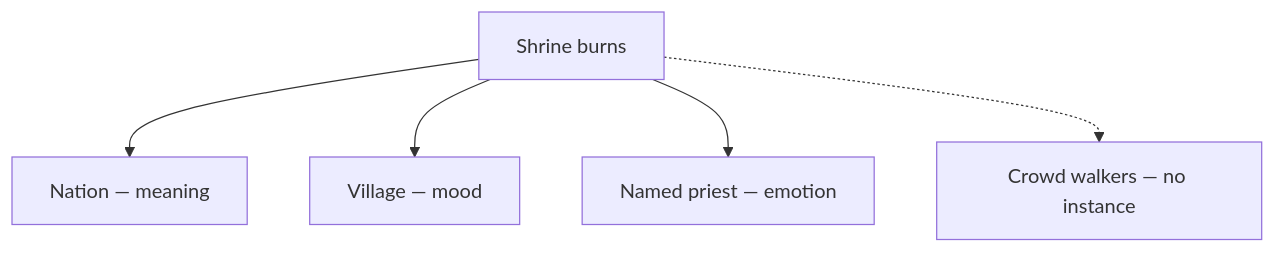
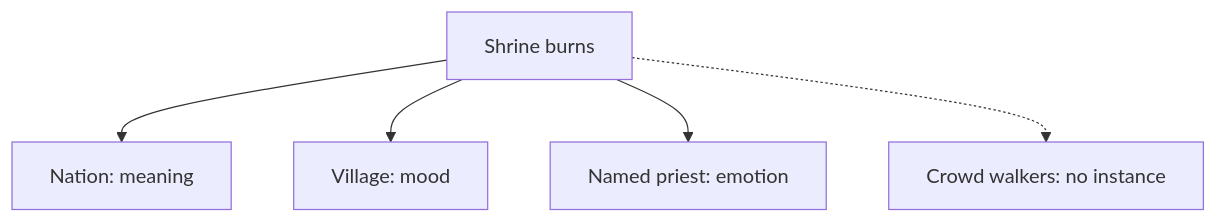
Before and after one commit to RossSim/personality-engine: the third of 3 diagrams in docs/EXAMPLES.md, drawn with Mermaid. The commit also changed other lines of this file and 21 other files, not shown here.

````diff
--- a/docs/EXAMPLES.md
+++ b/docs/EXAMPLES.md
@@ -57,12 +57,12 @@
 ```mermaid
 flowchart TB
   fire[Shrine burns]
-  nation[Nation — meaning]
-  village[Village — mood]
-  priest[Named priest — emotion]
-  skip[Crowd walkers — no instance]
+  nation[Nation: meaning]
+  village[Village: mood]
+  priest[Named priest: emotion]
+  skip[Crowd walkers: no instance]
   fire --> nation
   fire --> village
   fire --> priest
   fire -.-> skip
 ```
````
